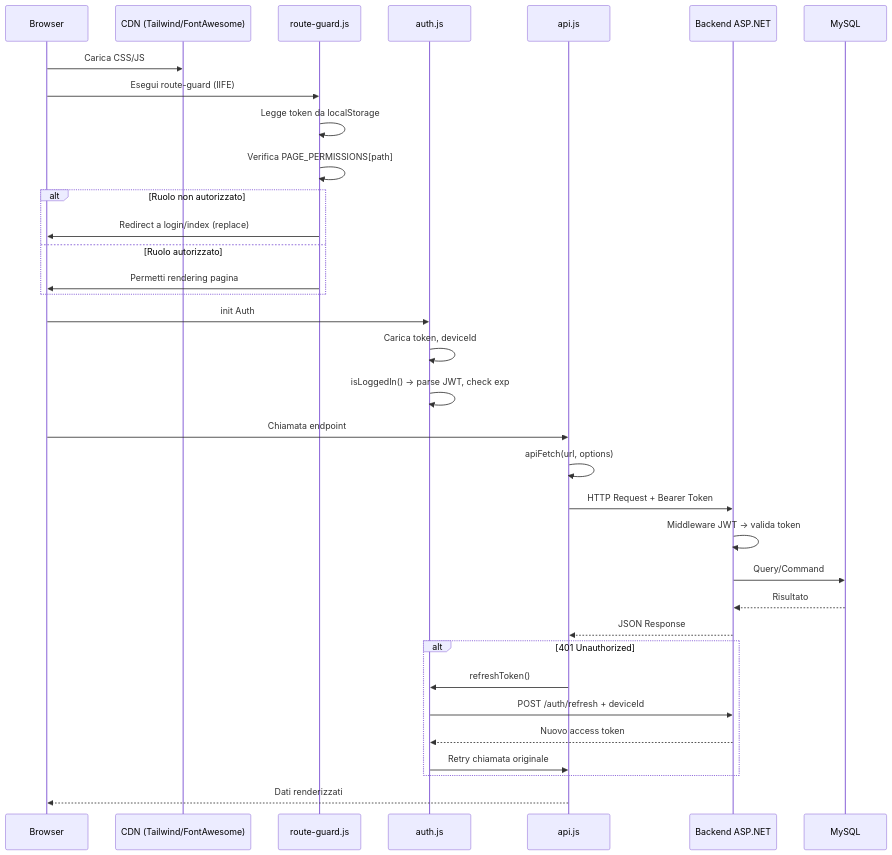
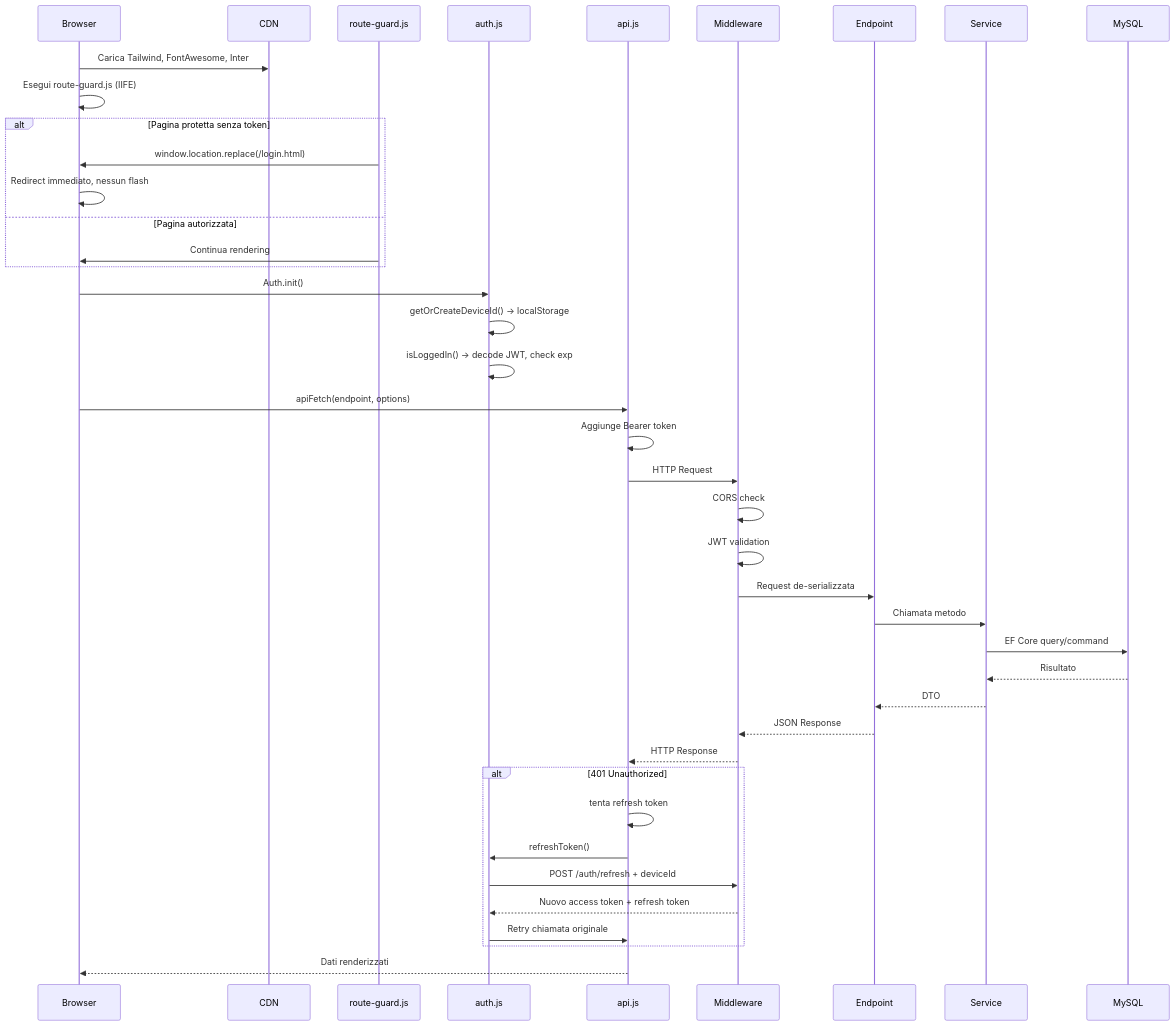
The second of 5 diagrams in film-app-dev_iteration_4/presentazione/01-architettura.md (RizzoThomas/esercizioopencodefilm), drawn with Mermaid before and after one commit. The commit also changed other lines of this file and 10 other files, not shown here.

Commit message:
docs: enhance presentazione with tables, pie charts, and detailed workflows

````diff
--- a/film-app-dev_iteration_4/presentazione/01-architettura.md
+++ b/film-app-dev_iteration_4/presentazione/01-architettura.md
@@ -84,39 +95,49 @@
 ```mermaid
 sequenceDiagram
-    participant Browser as Browser
-    participant CDN as CDN (Tailwind/FontAwesome)
+    participant B as Browser
+    participant CDN as CDN
     participant RG as route-guard.js
-    participant Auth as auth.js
+    participant A as auth.js
     participant API as api.js
-    participant BE as Backend ASP.NET
+    participant MW as Middleware
+    participant EP as Endpoint
+    participant SVC as Service
     participant DB as MySQL
 
-    Browser->>CDN: Carica CSS/JS
-    Browser->>RG: Esegui route-guard (IIFE)
-    RG->>RG: Legge token da localStorage
-    RG->>RG: Verifica PAGE_PERMISSIONS[path]
-    alt Ruolo non autorizzato
-        RG->>Browser: Redirect a login/index (replace)
-    else Ruolo autorizzato
-        RG->>Browser: Permetti rendering pagina
-    end
-
-    Browser->>Auth: init Auth
-    Auth->>Auth: Carica token, deviceId
-    Auth->>Auth: isLoggedIn() → parse JWT, check exp
-
-    Browser->>API: Chiamata endpoint
-    API->>API: apiFetch(url, options)
-    API->>BE: HTTP Request + Bearer Token
-    BE->>BE: Middleware JWT → valida token
-    BE->>DB: Query/Command
-    DB-->>BE: Risultato
-    BE-->>API: JSON Response
-    alt 401 Unauthorized
-        API->>Auth: refreshToken()
-        Auth->>BE: POST /auth/refresh + deviceId
-        BE-->>Auth: Nuovo access token
-        Auth->>API: Retry chiamata originale
-    end
-    API-->>Browser: Dati renderizzati
+    B->>CDN: Carica Tailwind, FontAwesome, Inter
+    B->>B: Esegui route-guard.js (IIFE)
+    
+    Alt Pagina protetta senza token
+        RG->>B: window.location.replace(/login.html)
+        B->>B: Redirect immediato, nessun flash
+    Else Pagina autorizzata
+        RG->>B: Continua rendering
+    End
+    
+    B->>A: Auth.init()
+    A->>A: getOrCreateDeviceId() -> localStorage
+    A->>A: isLoggedIn() -> decode JWT, check exp
+    
+    B->>API: apiFetch(endpoint, options)
+    API->>API: Aggiunge Bearer token
+    API->>MW: HTTP Request
+    MW->>MW: CORS check
+    MW->>MW: JWT validation
+    MW->>EP: Request de-serializzata
+    EP->>SVC: Chiamata metodo
+    SVC->>DB: EF Core query/command
+    DB-->>SVC: Risultato
+    SVC-->>EP: DTO
+    EP-->>MW: JSON Response
+    MW-->>API: HTTP Response
+    
+    Alt 401 Unauthorized
+        API->>API: tenta refresh token
+        API->>A: refreshToken()
+        A->>MW: POST /auth/refresh + deviceId
+        MW-->>A: Nuovo access token + refresh token
+        A->>API: Retry chiamata originale
+    End
+    
+    API-->>B: Dati renderizzati
 ```
````
